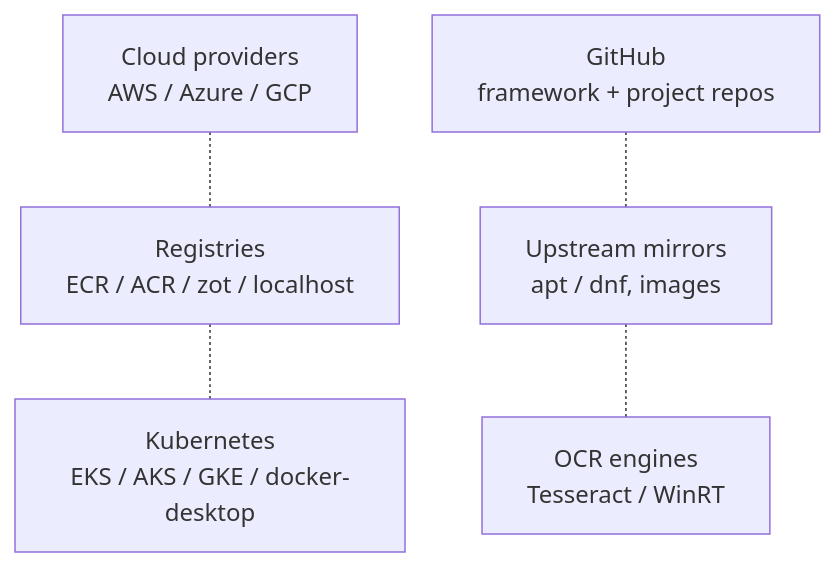
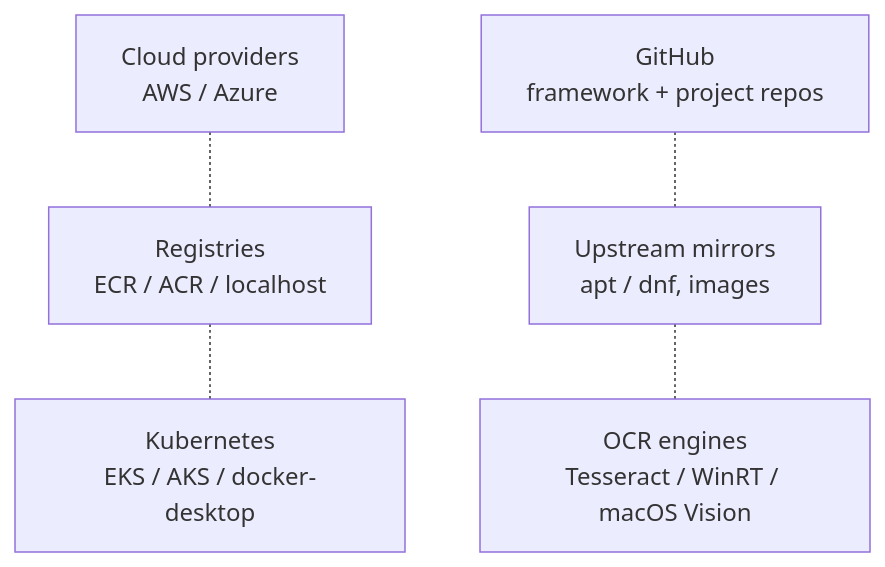
Before and after one commit to alissonsol/yuruna: the seventh of 7 diagrams in docs/design/02-component-breakdown.md, drawn with Mermaid. The commit also changed other lines of this file and 492 other files, not shown here.

````diff
--- a/docs/design/02-component-breakdown.md
+++ b/docs/design/02-component-breakdown.md
@@ -125,12 +148,12 @@
 ```mermaid
 flowchart TD
-    clouds[Cloud providers<br/>AWS / Azure / GCP]
-    registries[Registries<br/>ECR / ACR / zot / localhost]
-    clusters[Kubernetes<br/>EKS / AKS / GKE / docker-desktop]
+    clouds[Cloud providers<br/>AWS / Azure]
+    registries[Registries<br/>ECR / ACR / localhost]
+    clusters[Kubernetes<br/>EKS / AKS / docker-desktop]
     github[GitHub<br/>framework + project repos]
     mirrors[Upstream mirrors<br/>apt / dnf, images]
-    ocr[OCR engines<br/>Tesseract / WinRT]
+    ocr[OCR engines<br/>Tesseract / WinRT / macOS Vision]
 
     clouds -.- registries -.- clusters
     github -.- mirrors -.- ocr
 ```
````
